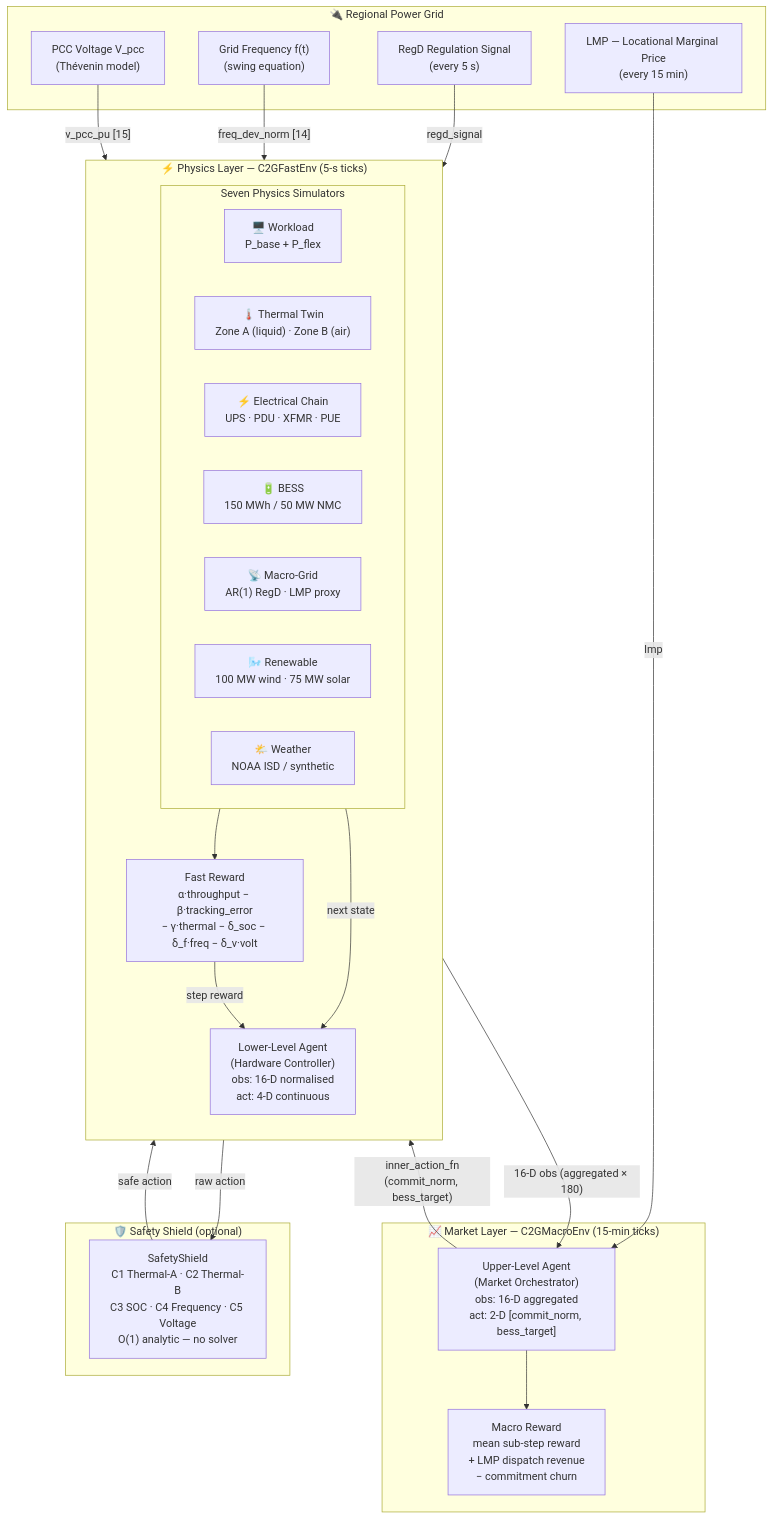
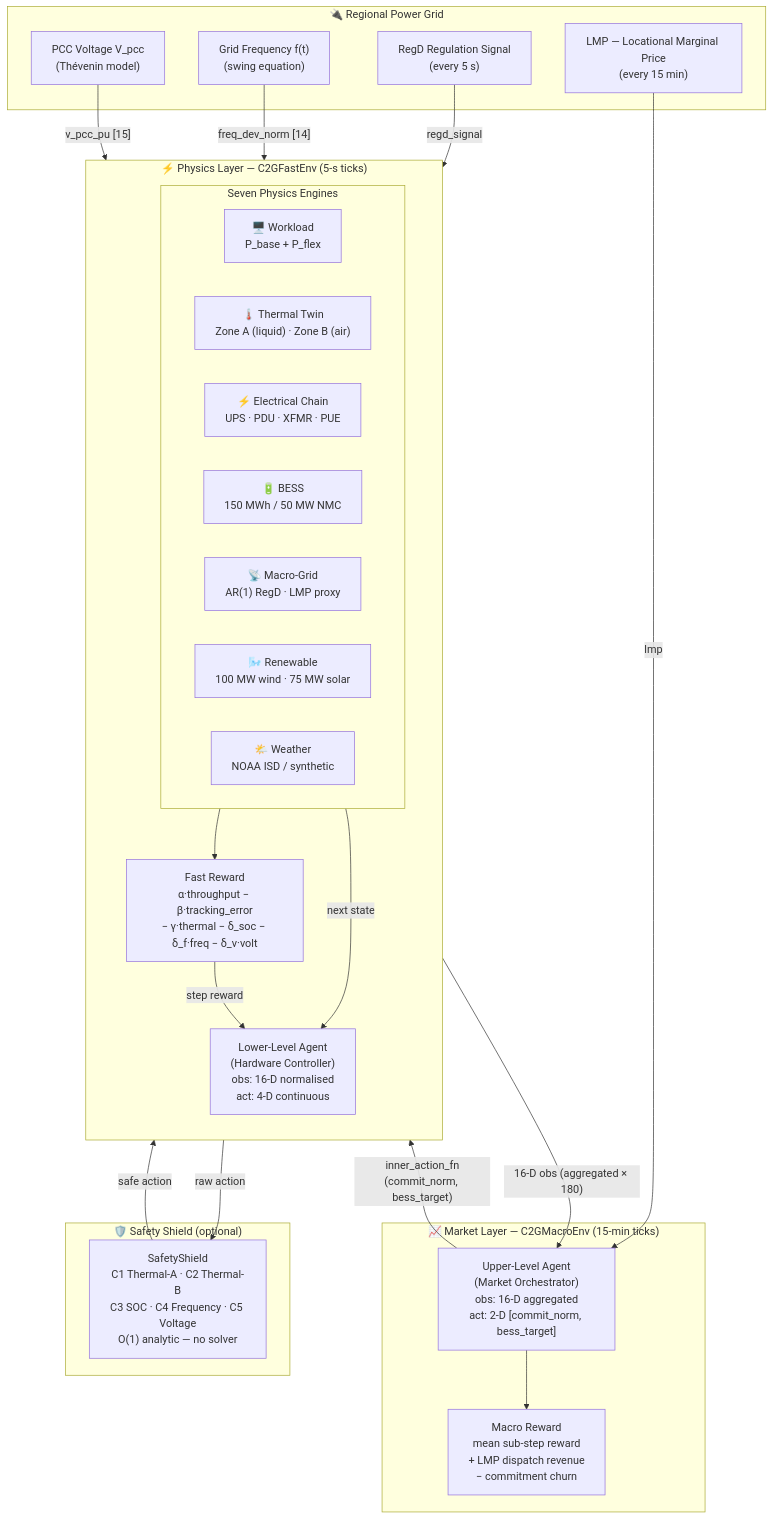
The second of 9 diagrams in README.md (HewlettPackard/c2g-bench), drawn with Mermaid before and after one commit. The commit also changed other lines of this file and 37 other files, not shown here.

First line of the commit message:
refactor: rename simulators/ → physics/ to clarify 2-env vs 7-engine structure

````diff
--- a/README.md
+++ b/README.md
@@ -161,49 +161,49 @@
 ```mermaid
 flowchart TD
     subgraph GRID["🔌 Regional Power Grid"]
         G1["RegD Regulation Signal\n(every 5 s)"]
         G2["LMP — Locational Marginal Price\n(every 15 min)"]
         G3["Grid Frequency f(t)\n(swing equation)"]
         G4["PCC Voltage V_pcc\n(Thévenin model)"]
     end
 
     subgraph MARKET["📈 Market Layer — C2GMacroEnv (15-min ticks)"]
         MA["Upper-Level Agent\n(Market Orchestrator)\nobs: 16-D aggregated\nact: 2-D [commit_norm, bess_target]"]
         MR["Macro Reward\nmean sub-step reward\n+ LMP dispatch revenue\n− commitment churn"]
     end
 
     subgraph FAST["⚡ Physics Layer — C2GFastEnv (5-s ticks)"]
         direction TB
         FA["Lower-Level Agent\n(Hardware Controller)\nobs: 16-D normalised\nact: 4-D continuous"]
 
-        subgraph SIM["Seven Physics Simulators"]
+        subgraph SIM["Seven Physics Engines"]
             S1["🖥️ Workload\nP_base + P_flex"]
             S2["🌡️ Thermal Twin\nZone A (liquid) · Zone B (air)"]
             S3["⚡ Electrical Chain\nUPS · PDU · XFMR · PUE"]
             S4["🔋 BESS\n150 MWh / 50 MW NMC"]
             S5["📡 Macro-Grid\nAR(1) RegD · LMP proxy"]
             S6["🌬️ Renewable\n100 MW wind · 75 MW solar"]
             S7["🌤️ Weather\nNOAA ISD / synthetic"]
         end
 
         FR["Fast Reward\nα·throughput − β·tracking_error\n− γ·thermal − δ_soc − δ_f·freq − δ_v·volt"]
     end
 
     subgraph SAFETY["🛡️ Safety Shield (optional)"]
         SH["SafetyShield\nC1 Thermal-A · C2 Thermal-B\nC3 SOC · C4 Frequency · C5 Voltage\nO(1) analytic — no solver"]
     end
 
     G1 -->|"regd_signal"| FA
     G2 -->|"lmp"| MA
     G3 -->|"freq_dev_norm [14]"| FA
     G4 -->|"v_pcc_pu [15]"| FA
 
     MA -->|"inner_action_fn\n(commit_norm, bess_target)"| FA
     FA -->|"raw action"| SH
     SH -->|"safe action"| SIM
     SIM -->|"next state"| FA
     SIM --> FR
     FR -->|"step reward"| FA
     FA -->|"16-D obs (aggregated × 180)"| MA
     MA --> MR
 ```
````
